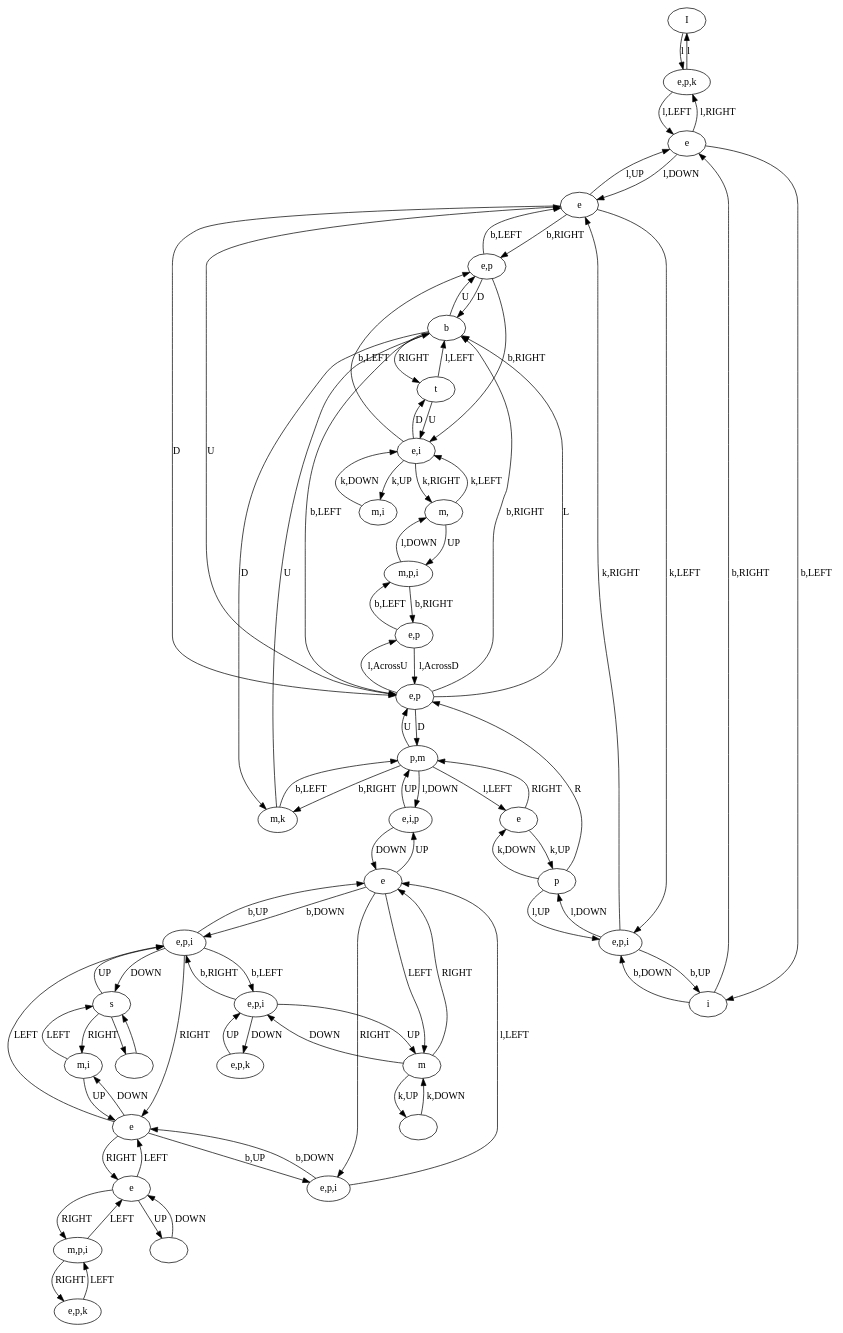
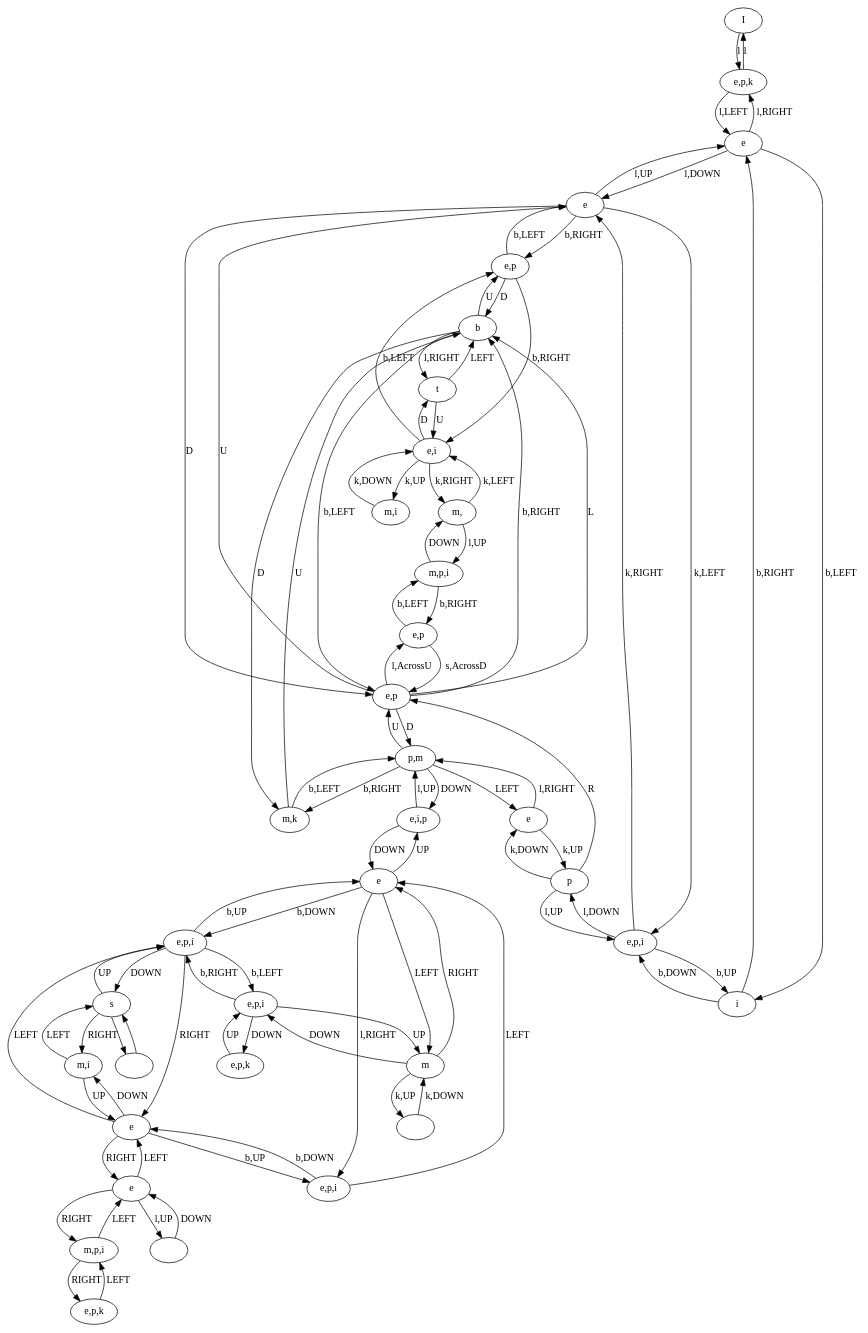
Before and after one commit to schrum2/MM-NEAT: the diagram in data/VGLC/Zelda/Graph Processed/tloz7_1_flip.dot, drawn with Graphviz. The commit also changed 66 other files, not shown here.

```diff
--- a/data/VGLC/Zelda/Graph Processed/tloz7_1_flip.dot
+++ b/data/VGLC/Zelda/Graph Processed/tloz7_1_flip.dot
@@ -1,125 +1,125 @@
 digraph {
 0 [label="I"]
 1 [label="b"]
 2 [label="p"]
 3 [label="e"]
 4 [label="e,p"]
 5 [label="p,m"]
 6 [label="m,k"]
 7 [label="e"]
 8 [label="e,p"]
 9 [label="e,p,i"]
 10 [label="e"]
 11 [label=""]
 12 [label="m,i"]
 13 [label="s"]
 14 [label="e,p,k"]
 15 [label="e"]
 16 [label="e,p,i"]
 17 [label="m,p,i"]
 18 [label="e,p,i"]
 19 [label="e"]
 20 [label="e,p,k"]
 21 [label="e,p,i"]
 22 [label="e"]
 23 [label="e,i,p"]
 24 [label="m"]
 25 [label=""]
 26 [label=""]
 27 [label="i"]
 28 [label="e,p,k"]
 29 [label="e,i"]
 30 [label="t"]
 31 [label="m,"]
 32 [label="m,i"]
 33 [label="e,p"]
 34 [label="m,p,i"]
 11 -> 13 [label=""]
 13 -> 11 [label=""]
 13 -> 16 [label="UP"]
 16 -> 13 [label="DOWN"]
 16 -> 15 [label="RIGHT"]
 15 -> 16 [label="LEFT"]
 12 -> 15 [label="UP"]
 15 -> 12 [label="DOWN"]
 12 -> 13 [label="LEFT"]
 13 -> 12 [label="RIGHT"]
 19 -> 17 [label="RIGHT"]
 17 -> 19 [label="LEFT"]
 17 -> 20 [label="RIGHT"]
 20 -> 17 [label="LEFT"]
-19 -> 26 [label="UP"]
+19 -> 26 [label="l,UP"]
 26 -> 19 [label="DOWN"]
 19 -> 15 [label="LEFT"]
 15 -> 19 [label="RIGHT"]
 18 -> 24 [label="UP"]
 24 -> 18 [label="DOWN"]
 14 -> 18 [label="UP"]
 18 -> 14 [label="DOWN"]
 24 -> 22 [label="RIGHT"]
 22 -> 24 [label="LEFT"]
 22 -> 23 [label="UP"]
 23 -> 22 [label="DOWN"]
 5 -> 6 [label="b,RIGHT"]
 6 -> 5 [label="b,LEFT"]
 8 -> 1 [label="b,RIGHT"]
 1 -> 8 [label="b,LEFT"]
 3 -> 4 [label="b,RIGHT"]
 4 -> 3 [label="b,LEFT"]
 4 -> 29 [label="b,RIGHT"]
 29 -> 4 [label="b,LEFT"]
 34 -> 33 [label="b,RIGHT"]
 33 -> 34 [label="b,LEFT"]
 27 -> 10 [label="b,RIGHT"]
 10 -> 27 [label="b,LEFT"]
 27 -> 9 [label="b,DOWN"]
 9 -> 27 [label="b,UP"]
 18 -> 16 [label="b,RIGHT"]
 16 -> 18 [label="b,LEFT"]
 16 -> 22 [label="b,UP"]
 22 -> 16 [label="b,DOWN"]
 15 -> 21 [label="b,UP"]
 21 -> 15 [label="b,DOWN"]
-23 -> 5 [label="UP"]
-5 -> 23 [label="l,DOWN"]
-1 -> 30 [label="RIGHT"]
-30 -> 1 [label="l,LEFT"]
-31 -> 34 [label="UP"]
-34 -> 31 [label="l,DOWN"]
-22 -> 21 [label="RIGHT"]
-21 -> 22 [label="l,LEFT"]
-7 -> 5 [label="RIGHT"]
-5 -> 7 [label="l,LEFT"]
+23 -> 5 [label="l,UP"]
+5 -> 23 [label="DOWN"]
+1 -> 30 [label="l,RIGHT"]
+30 -> 1 [label="LEFT"]
+31 -> 34 [label="l,UP"]
+34 -> 31 [label="DOWN"]
+22 -> 21 [label="l,RIGHT"]
+21 -> 22 [label="LEFT"]
+7 -> 5 [label="l,RIGHT"]
+5 -> 7 [label="LEFT"]
 3 -> 10 [label="l,UP"]
 10 -> 3 [label="l,DOWN"]
 10 -> 28 [label="l,RIGHT"]
 28 -> 10 [label="l,LEFT"]
 28 -> 0 [label="l"]
 0 -> 28 [label="l"]
-33 -> 8 [label="l,AcrossD"]
+33 -> 8 [label="s,AcrossD"]
 8 -> 33 [label="l,AcrossU"]
 29 -> 32 [label="k,UP"]
 32 -> 29 [label="k,DOWN"]
 31 -> 29 [label="k,LEFT"]
 29 -> 31 [label="k,RIGHT"]
 3 -> 9 [label="k,LEFT"]
 9 -> 3 [label="k,RIGHT"]
 7 -> 2 [label="k,UP"]
 2 -> 7 [label="k,DOWN"]
 25 -> 24 [label="k,DOWN"]
 24 -> 25 [label="k,UP"]
 2 -> 9 [label="l,UP"]
 9 -> 2 [label="l,DOWN"]
 2 -> 8 [label="R"]
 8 -> 1 [label="L"]
 5 -> 8 [label="U"]
 8 -> 5 [label="D"]
 3 -> 8 [label="D"]
 8 -> 3 [label="U"]
 1 -> 4 [label="U"]
 4 -> 1 [label="D"]
 6 -> 1 [label="U"]
 1 -> 6 [label="D"]
 29 -> 30 [label="D"]
 30 -> 29 [label="U"]
 }
```
